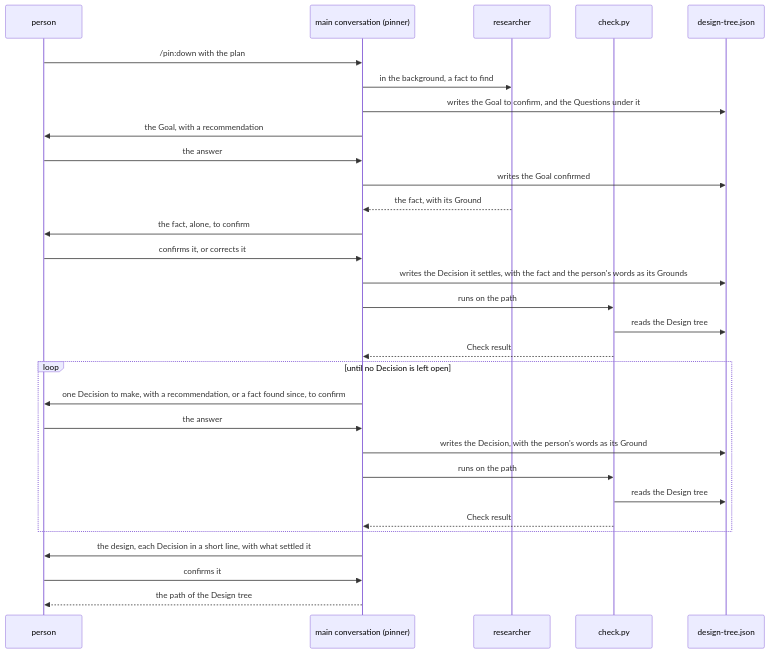
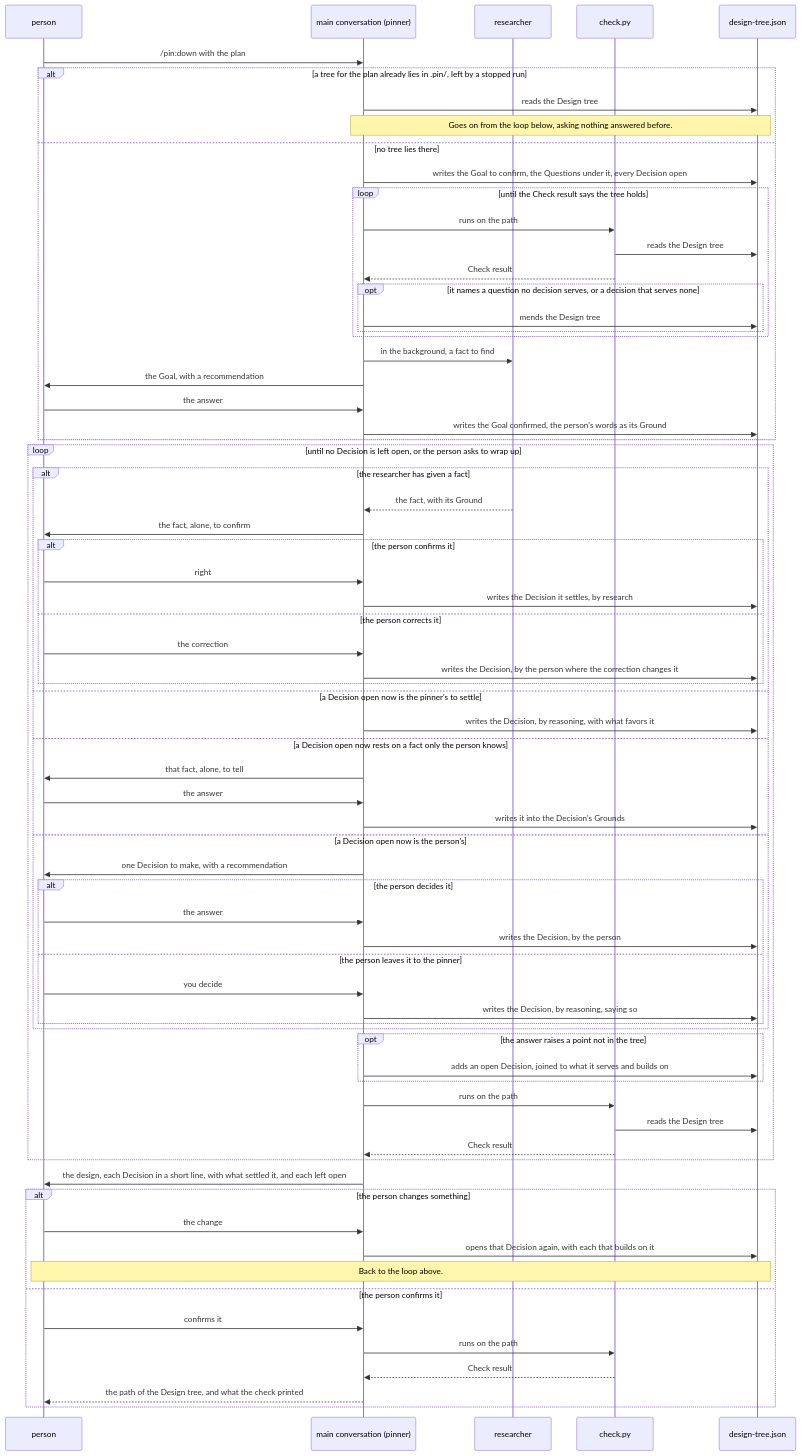
The third of 6 diagrams in dev/pin/architecture.md (lovaizu/ccpm), drawn with Mermaid before and after one commit. The commit also changed other lines of this file and 4 other files, not shown here.

````diff
--- a/dev/pin/architecture.md
+++ b/dev/pin/architecture.md
@@ -191,32 +191,72 @@
 ```mermaid
 sequenceDiagram
   participant P as person
   participant M as main conversation (pinner)
   participant R as researcher
   participant C as check.py
   participant T as design-tree.json
   P->>M: /pin:down with the plan
-  M->>R: in the background, a fact to find
-  M->>T: writes the Goal to confirm, and the Questions under it
-  M->>P: the Goal, with a recommendation
-  P->>M: the answer
-  M->>T: writes the Goal confirmed
-  R-->>M: the fact, with its Ground
-  M->>P: the fact, alone, to confirm
-  P->>M: confirms it, or corrects it
-  M->>T: writes the Decision it settles, with the fact and the person's words as its Grounds
-  M->>C: runs on the path
-  C->>T: reads the Design tree
-  C-->>M: Check result
-  loop until no Decision is left open
-    M->>P: one Decision to make, with a recommendation, or a fact found since, to confirm
+  alt a tree for the plan already lies in .pin/, left by a stopped run
+    M->>T: reads the Design tree
+    Note over M,T: Goes on from the loop below, asking nothing answered before.
+  else no tree lies there
+    M->>T: writes the Goal to confirm, the Questions under it, every Decision open
+    loop until the Check result says the tree holds
+      M->>C: runs on the path
+      C->>T: reads the Design tree
+      C-->>M: Check result
+      opt it names a question no decision serves, or a decision that serves none
+        M->>T: mends the Design tree
+      end
+    end
+    M->>R: in the background, a fact to find
+    M->>P: the Goal, with a recommendation
     P->>M: the answer
-    M->>T: writes the Decision, with the person's words as its Ground
+    M->>T: writes the Goal confirmed, the person's words as its Ground
+  end
+  loop until no Decision is left open, or the person asks to wrap up
+    alt the researcher has given a fact
+      R-->>M: the fact, with its Ground
+      M->>P: the fact, alone, to confirm
+      alt the person confirms it
+        P->>M: right
+        M->>T: writes the Decision it settles, by research
+      else the person corrects it
+        P->>M: the correction
+        M->>T: writes the Decision, by the person where the correction changes it
+      end
+    else a Decision open now is the pinner's to settle
+      M->>T: writes the Decision, by reasoning, with what favors it
+    else a Decision open now rests on a fact only the person knows
+      M->>P: that fact, alone, to tell
+      P->>M: the answer
+      M->>T: writes it into the Decision's Grounds
+    else a Decision open now is the person's
+      M->>P: one Decision to make, with a recommendation
+      alt the person decides it
+        P->>M: the answer
+        M->>T: writes the Decision, by the person
+      else the person leaves it to the pinner
+        P->>M: you decide
+        M->>T: writes the Decision, by reasoning, saying so
+      end
+    end
+    opt the answer raises a point not in the tree
+      M->>T: adds an open Decision, joined to what it serves and builds on
+    end
     M->>C: runs on the path
     C->>T: reads the Design tree
     C-->>M: Check result
   end
-  M->>P: the design, each Decision in a short line, with what settled it
-  P->>M: confirms it
-  M-->>P: the path of the Design tree
+  M->>P: the design, each Decision in a short line, with what settled it, and each left open
+  alt the person changes something
+    P->>M: the change
+    M->>T: opens that Decision again, with each that builds on it
+    Note over P,T: Back to the loop above.
+  else the person confirms it
+    P->>M: confirms it
+    M->>C: runs on the path
+    C-->>M: Check result
+    M-->>P: the path of the Design tree, and what the check printed
+  end
 ```
````
